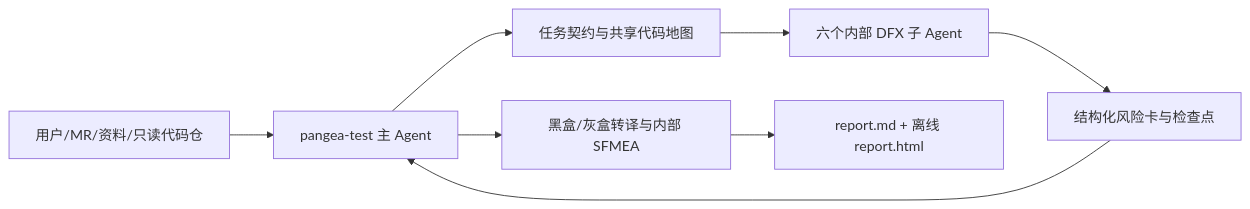
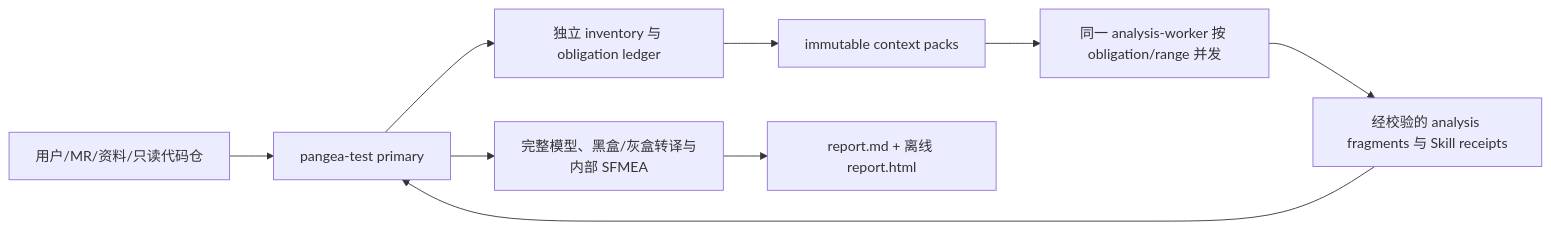
Before and after one commit to CyberShp/pangea-test: the diagram in docs/architecture.md, drawn with Mermaid. The commit also changed other lines of this file and 160 other files, not shown here.

````diff
--- a/docs/architecture.md
+++ b/docs/architecture.md
@@ -9,10 +9,11 @@
 ```mermaid
 flowchart LR
-  U[用户/MR/资料/只读代码仓] --> P[pangea-test 主 Agent]
-  P --> C[任务契约与共享代码地图]
-  C --> D[六个内部 DFX 子 Agent]
-  D --> R[结构化风险卡与检查点]
-  R --> P
-  P --> T[黑盒/灰盒转译与内部 SFMEA]
+  U[用户/MR/资料/只读代码仓] --> P[pangea-test primary]
+  P --> I[独立 inventory 与 obligation ledger]
+  I --> C[immutable context packs]
+  C --> W[同一 analysis-worker 按 obligation/range 并发]
+  W --> F[经校验的 analysis fragments 与 Skill receipts]
+  F --> P
+  P --> T[完整模型、黑盒/灰盒转译与内部 SFMEA]
   T --> O[report.md + 离线 report.html]
 ```
````
